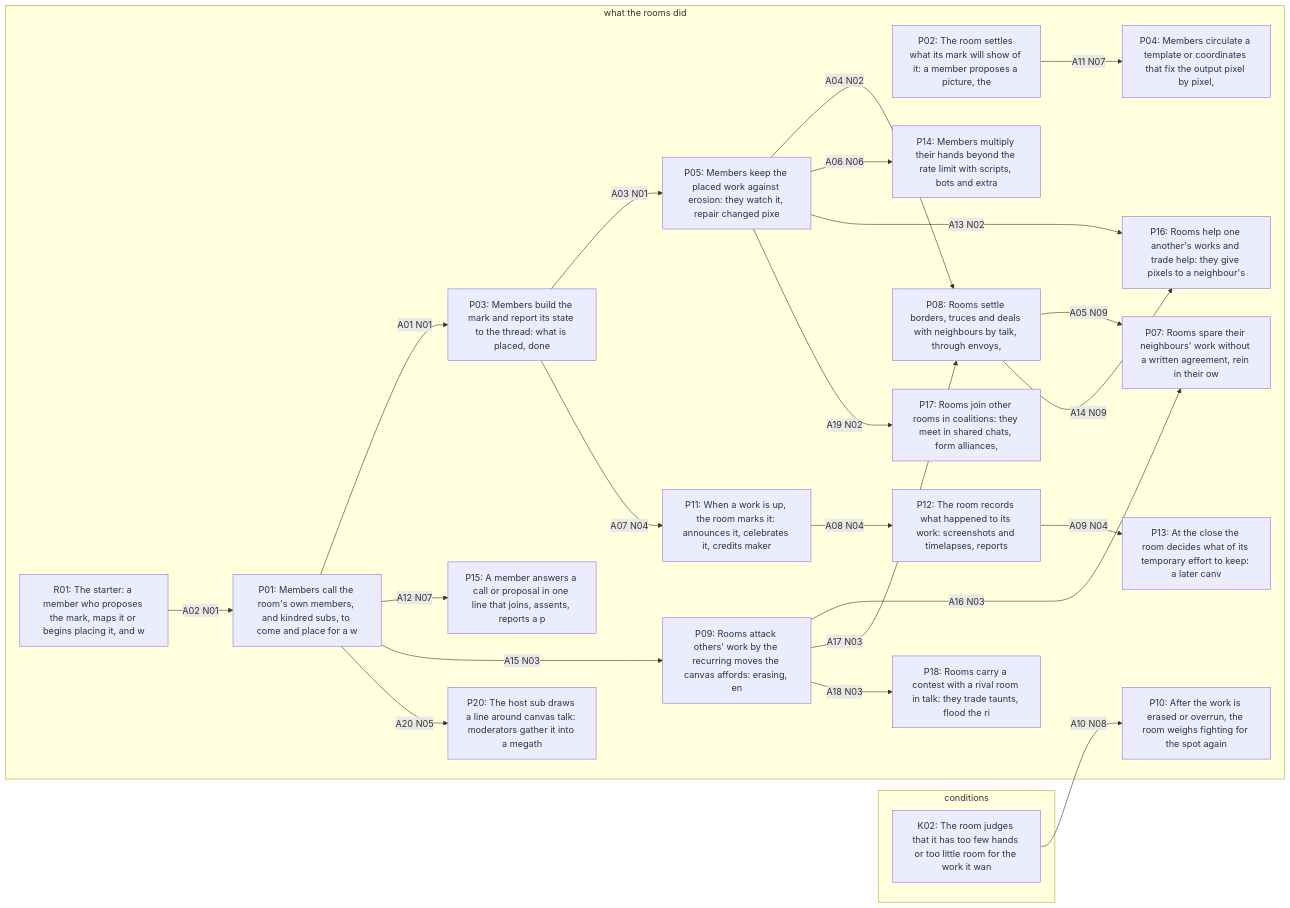
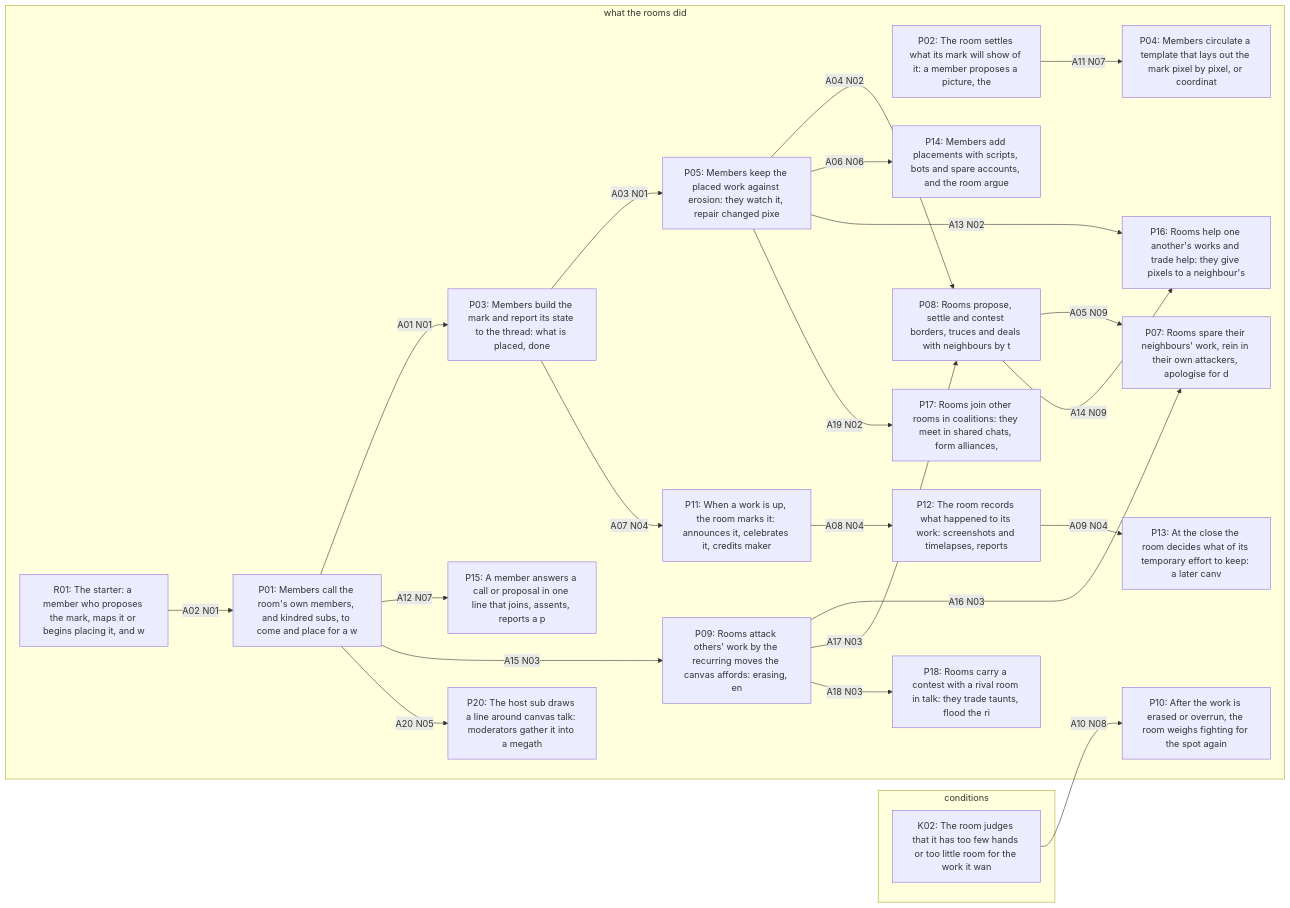
One commit to jparrieta/r-place changed the first of 2 diagrams in aggregator/runs/claude-v43-1/00_GIVE-THE-AGENT/out/_views/figure-model.md. Above: the diagram before and after it, drawn with Mermaid. The commit also changed other lines of this file and 833 other files, not shown here.

````diff
--- a/aggregator/runs/claude-v43-1/00_GIVE-THE-AGENT/out/_views/figure-model.md
+++ b/aggregator/runs/claude-v43-1/00_GIVE-THE-AGENT/out/_views/figure-model.md
@@ -6,47 +6,47 @@
 ```mermaid
 flowchart LR
   subgraph conditions["conditions"]
     K02["K02: The room judges that it has too few hands or too little room for the work it wan"]
   end
   subgraph what_the_rooms_did["what the rooms did"]
     P01["P01: Members call the room's own members, and kindred subs, to come and place for a w"]
     P02["P02: The room settles what its mark will show of it: a member proposes a picture, the"]
     P03["P03: Members build the mark and report its state to the thread: what is placed, done "]
-    P04["P04: Members circulate a template or coordinates that fix the output pixel by pixel, "]
+    P04["P04: Members circulate a template that lays out the mark pixel by pixel, or coordinat"]
     P05["P05: Members keep the placed work against erosion: they watch it, repair changed pixe"]
-    P07["P07: Rooms spare their neighbours' work without a written agreement, rein in their ow"]
-    P08["P08: Rooms settle borders, truces and deals with neighbours by talk, through envoys, "]
+    P07["P07: Rooms spare their neighbours' work, rein in their own attackers, apologise for d"]
+    P08["P08: Rooms propose, settle and contest borders, truces and deals with neighbours by t"]
     P09["P09: Rooms attack others' work by the recurring moves the canvas affords: erasing, en"]
     P10["P10: After the work is erased or overrun, the room weighs fighting for the spot again"]
     P11["P11: When a work is up, the room marks it: announces it, celebrates it, credits maker"]
     P12["P12: The room records what happened to its work: screenshots and timelapses, reports "]
     P13["P13: At the close the room decides what of its temporary effort to keep: a later canv"]
-    P14["P14: Members multiply their hands beyond the rate limit with scripts, bots and extra "]
+    P14["P14: Members add placements with scripts, bots and spare accounts, and the room argue"]
     P15["P15: A member answers a call or proposal in one line that joins, assents, reports a p"]
     P16["P16: Rooms help one another's works and trade help: they give pixels to a neighbour's"]
     P17["P17: Rooms join other rooms in coalitions: they meet in shared chats, form alliances,"]
     P18["P18: Rooms carry a contest with a rival room in talk: they trade taunts, flood the ri"]
     P20["P20: The host sub draws a line around canvas talk: moderators gather it into a megath"]
     R01["R01: The starter: a member who proposes the mark, maps it or begins placing it, and w"]
   end
   P01 -->|"A01 N01"| P03
   R01 -->|"A02 N01"| P01
   P03 -->|"A03 N01"| P05
   P05 -->|"A04 N02"| P08
   P08 -->|"A05 N09"| P07
   P05 -->|"A06 N06"| P14
   P03 -->|"A07 N04"| P11
   P11 -->|"A08 N04"| P12
   P12 -->|"A09 N04"| P13
   K02 -->|"A10 N08"| P10
   P02 -->|"A11 N07"| P04
   P01 -->|"A12 N07"| P15
   P05 -->|"A13 N02"| P16
   P08 -->|"A14 N09"| P16
   P01 -->|"A15 N03"| P09
   P09 -->|"A16 N03"| P07
   P09 -->|"A17 N03"| P08
   P09 -->|"A18 N03"| P18
   P05 -->|"A19 N02"| P17
   P01 -->|"A20 N05"| P20
 ```
````
